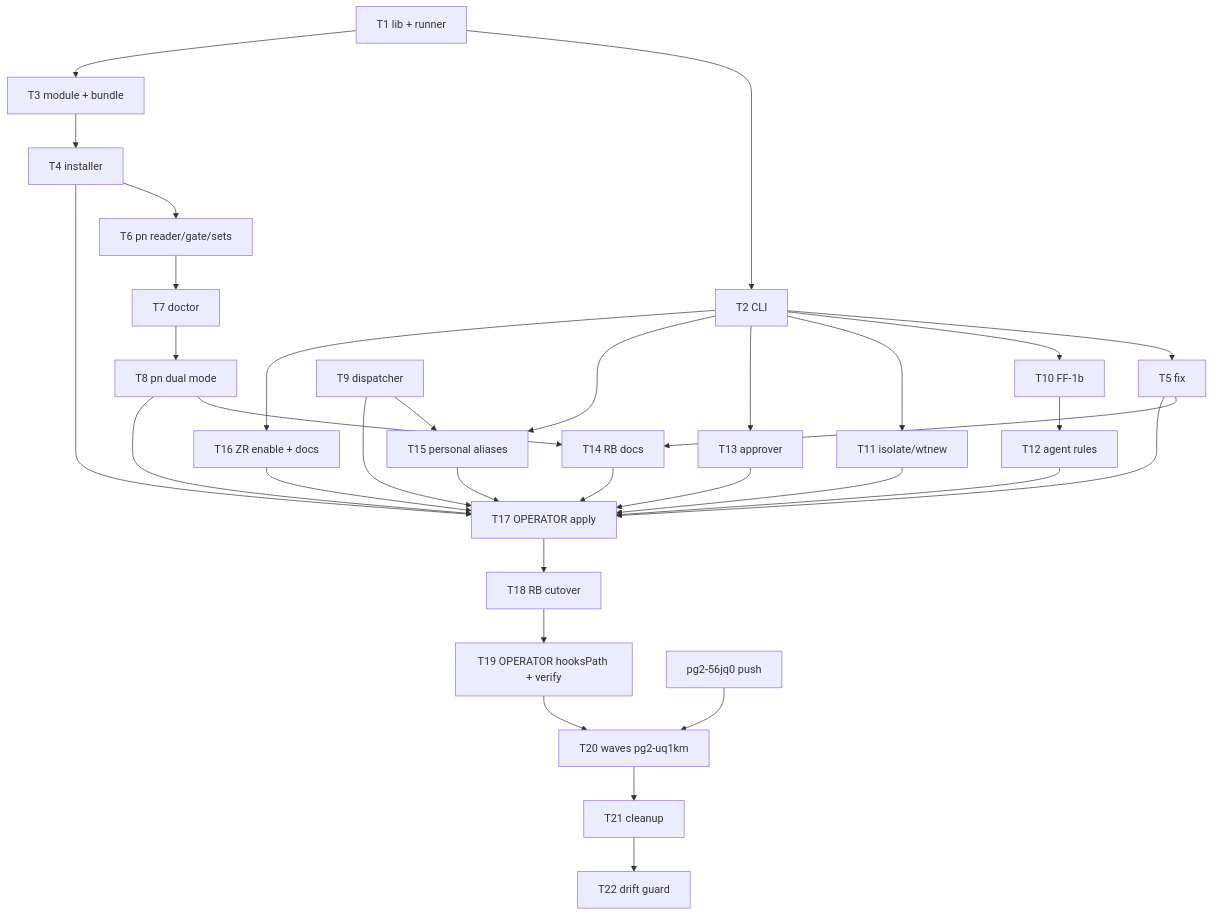
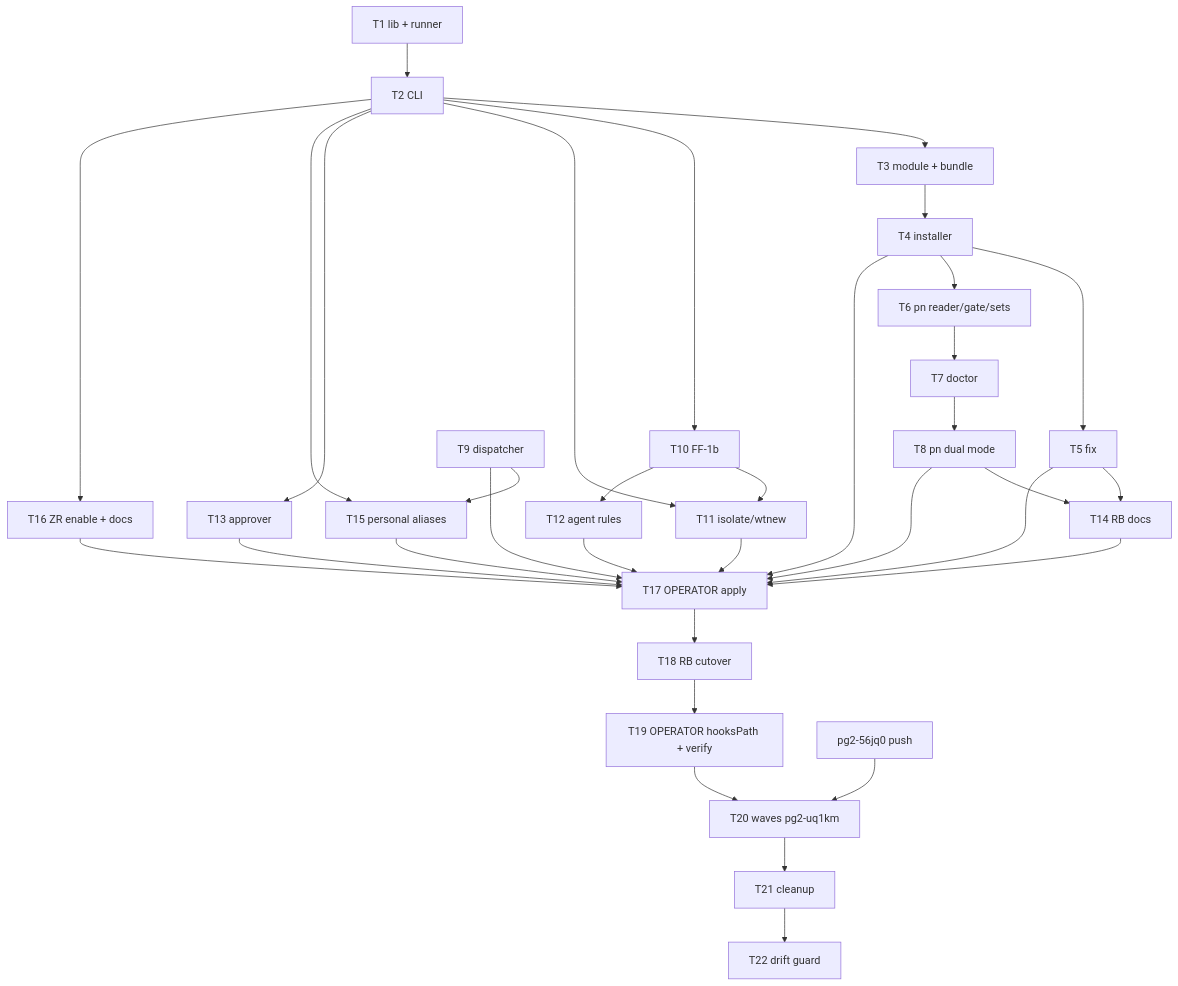
The diagram in docs/superpowers/plans/2026-10-01-per-clone-hook-bundle.md (phillipgreenii/nix-repo-base), drawn with Mermaid before and after one commit. The commit also changed other lines of this file and 1 other file, not shown here.

First line of the commit message:
docs(plan,spec): per-clone hook bundle amendments from the bead review (pg2-pla9d)

````diff
--- a/docs/superpowers/plans/2026-10-01-per-clone-hook-bundle.md
+++ b/docs/superpowers/plans/2026-10-01-per-clone-hook-bundle.md
@@ -380,35 +384,36 @@
 ```mermaid
 flowchart TD
   T1["T1 lib + runner"] --> T2["T2 CLI"]
-  T2 --> T5["T5 fix"]
-  T1 --> T3["T3 module + bundle"]
+  T2 --> T3["T3 module + bundle"]
   T3 --> T4["T4 installer"]
+  T4 --> T5["T5 fix"]
+  T10 --> T11
   T4 --> T6["T6 pn reader/gate/sets"]
   T6 --> T7["T7 doctor"]
   T7 --> T8["T8 pn dual mode"]
   T2 --> T10["T10 FF-1b"]
   T10 --> T12["T12 agent rules"]
   T2 --> T11["T11 isolate/wtnew"]
   T2 --> T13["T13 approver"]
   T5 --> T14["T14 RB docs"]
   T8 --> T14
   T2 --> T15["T15 personal aliases"]
   T9["T9 dispatcher"] --> T15
   T2 --> T16["T16 ZR enable + docs"]
   T5 --> T17["T17 OPERATOR apply"]
   T4 --> T17
   T8 --> T17
   T9 --> T17
   T11 --> T17
   T12 --> T17
   T13 --> T17
   T14 --> T17
   T15 --> T17
   T16 --> T17
   T17 --> T18["T18 RB cutover"]
   T18 --> T19["T19 OPERATOR hooksPath + verify"]
   T19 --> T20["T20 waves pg2-uq1km"]
   P["pg2-56jq0 push"] --> T20
   T20 --> T21["T21 cleanup"]
   T21 --> T22["T22 drift guard"]
 ```
````
